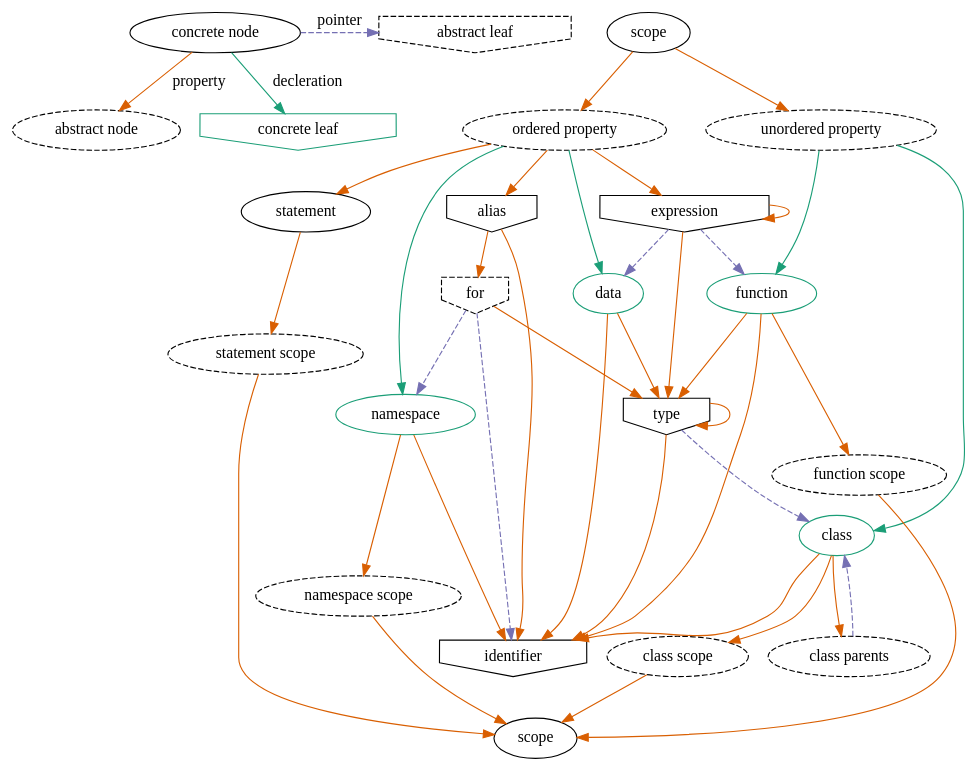
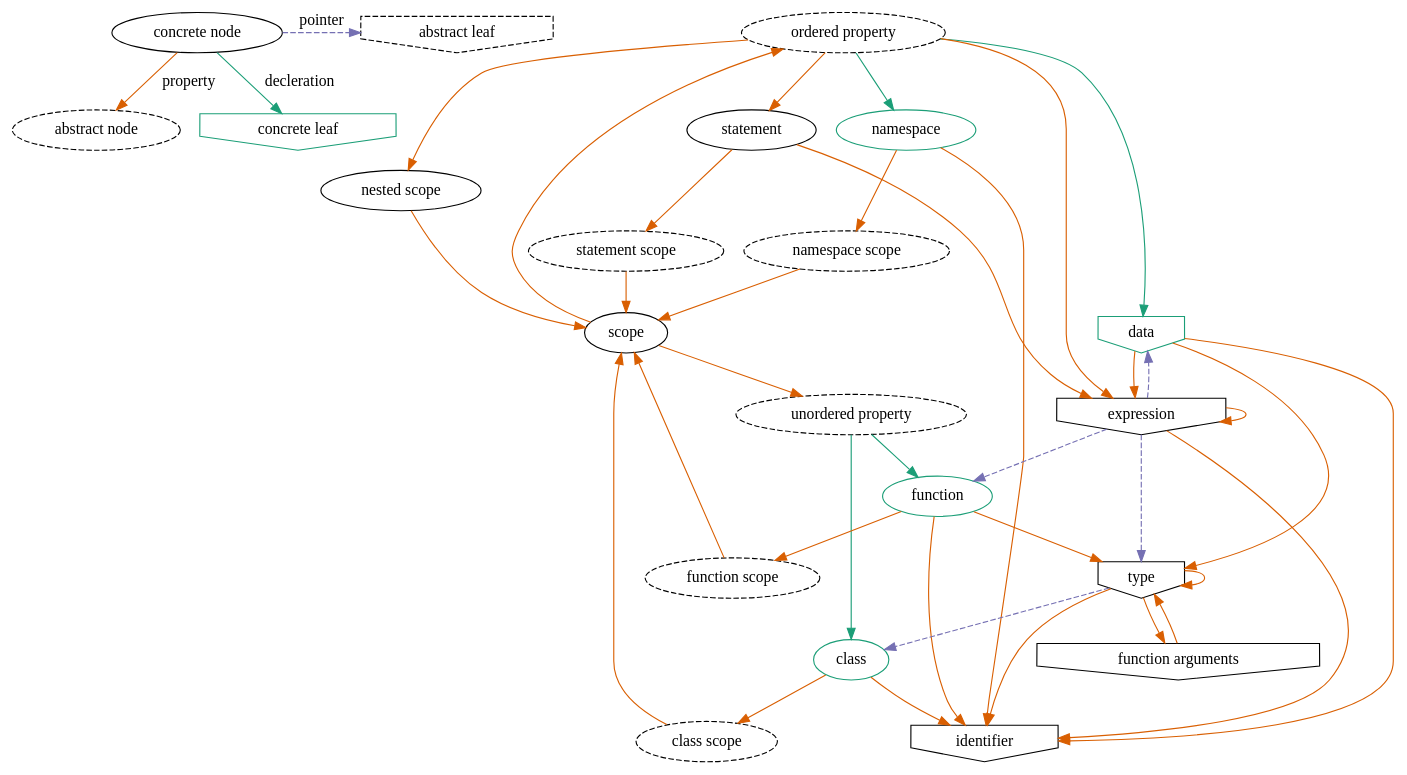
One commit to MiroPalmu/hycc changed the diagram in docs/sphinx/node_relations.dot. Above: the diagram before and after it, drawn with Graphviz.

Commit message:
docs(sphinx): update node relation graph
This includes:

- add nested scope
- remove nodes from MVP
- fix data node leaf styling
- remove [un]ordered properties positioning
- remove recursive scope

```diff
--- a/docs/sphinx/node_relations.dot
+++ b/docs/sphinx/node_relations.dot
@@ -1,120 +1,127 @@
 digraph {
     node [colorscheme=dark28]
     edge [colorscheme=dark28]
 
     {
         // Definitions
         {
             rank=same
             A [label="concrete node"];
             B [label="abstract leaf", style=dashed, shape=invhouse];
         }
         {
             rank=same
             C [label="abstract node", style=dashed];
             D [label="concrete leaf", shape=invhouse, color=1];
         }
         A -> D [color=1, label="decleration"];
         A -> C [color=2, label="property"];
         A -> B [color=3, style=dashed, label="pointer"];
     }
 
     // Position arror definitions
     // "scope" -> A [style=invis];
 
     {
         // Abstract nodes
         node [style=dashed];
         "ordered property";
         "unordered property";
         "statement scope";
         "namespace scope";
         "class scope";
         "function scope";
-        "class parents";
-        "for" [shape=invhouse]; // See leafs
+        // Out of MVP
+        // "class parents";
+        // "for" [shape=invhouse]; // See leafs
     }
 
     {
         // Declerations
         node [color=1]; // decleration
 
         "namespace";
         "function";
         "class";
-        "data";
-    }
-
-    {
-        // Position [un]ordered properties
-        rank = same;
-        edge [style=invis];
-        "ordered property" -> "unordered property";
+        "data" [shape=invhouse]; // See leafs
     }
 
     {
         // leafs
         node [shape=invhouse];
         "expression";
+        // For some reason shape won't work here
         "data";
         "type";
         "identifier";
-        "alias";
-        // For some reason this won't work here
-        "for";
+        "function arguments";
+        // Out of mvp.
+        // "alias";
+        // For some reason shape won't work here
+        // "for";
 
     }
-
-    "recursive scope" [label="scope"];
 
     "scope" -> "ordered property" [color=2]; // property
     "scope" -> "unordered property" [color=2]; // property
 
     "class" -> "identifier" [color=2]; // property
-    "class" -> "class parents" [color=2]; // property
+    // Out of MVP.
+     // "class" -> "class parents" [color=2]; // property
     "class" -> "class scope" [color=2]; // property
-    "class scope" -> "recursive scope" [color=2]; // property
-    "class parents" -> "class" [color=3, style=dashed]; // pointer
+    "class scope" -> "scope" [color=2]; // property
+    // Out of MVP.
+    // "class parents" -> "class" [color=3, style=dashed]; // pointer
 
     "function" -> "identifier" [color=2]; // property
     "function" -> "type" [color=2]; // property
     "function" -> "function scope" [color=2]; // property
-    "function scope" -> "recursive scope" [color=2]; // property
+    "function scope" -> "scope" [color=2]; // property
 
 
+    "ordered property" -> "nested scope" [color=2]; // property
     "ordered property" -> "data" [color=1]; // decleration
     "ordered property" -> "namespace" [color=1]; // declaration
-    "ordered property" -> "alias" [color=2]; // property
+    // Out of MVP
+    // "ordered property" -> "alias" [color=2]; // property
     "ordered property" -> "statement" [color=2]; // property
     "ordered property" -> "expression" [color=2]; // property
 
     "unordered property" -> "function" [color=1]; // decleration
     "unordered property" -> "class" [color=1]; // decleration
 
+    "nested scope" -> "scope" [color=2]; // property
+
     "namespace" -> "identifier" [color=2] // property
     "namespace" -> "namespace scope" [color=2]; // property
-    "namespace scope" -> "recursive scope" [color=2]; // property
+    "namespace scope" -> "scope" [color=2]; // property
 
+    "statement" -> "expression" [color=2]; // property
     "statement" -> "statement scope" [color=2]; // property
-    "statement scope" -> "recursive scope" [color=2]; // property
+    "statement scope" -> "scope" [color=2]; // property
 
-    "alias" -> "identifier" [color=2]; // property
-    "alias" -> "for" [color=2]; // property
+    // Out of MVP
+    // "alias" -> "identifier" [color=2]; // property
+    // "alias" -> "for" [color=2]; // property
 
-    "for" -> "type" [color=2]; // property
-    "for" -> "namespace" [color=3, style=dashed]; // pointer
-    "for" -> "identifier" [color=3, style=dashed]; // pointer
+    // "for" -> "type" [color=2]; // property
+    // "for" -> "namespace" [color=3, style=dashed]; // pointer
+    // "for" -> "identifier" [color=3, style=dashed]; // pointer
 
     "expression" -> "function" [color=3, style=dashed]; // pointer
     "expression" -> "data" [color=3, style=dashed]; // pointer
     "expression" -> "expression" [color=2]; // property
-    "expression" -> "type" [color=2] // property
+    "expression" -> "type" [color=3, style=dashed] // pointer
+    "expression" -> "identifier" [color=2]; // property
 
     "type" -> "type" [color=2]; // property
     "type" -> "identifier" [color=2]; // property
     "type" -> "class" [color=3, style=dashed]; // pointer
+    "type" -> "function arguments" [color=2]; // property
+
+    "function arguments" -> "type" [color=2]; // property
 
     "data" -> "identifier" [color=2]; // property
     "data" -> "type" [color=2]; // property
-
+    "data" -> "expression" [color=2]; // property
 }
```
